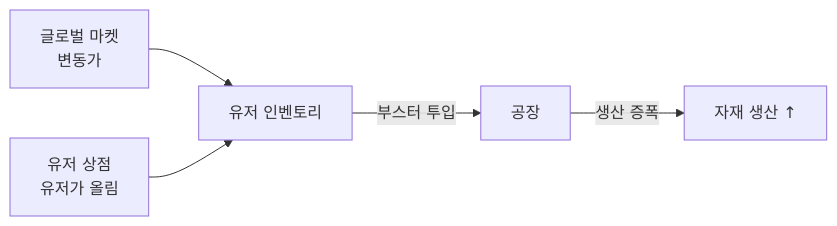
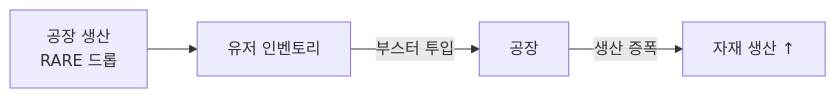
Before and after one commit to filename24/Idle-Factory: the third of 3 diagrams in docs/design/04-economy.md, drawn with Mermaid. The commit also changed other lines of this file and 27 other files, not shown here.

````diff
--- a/docs/design/04-economy.md
+++ b/docs/design/04-economy.md
@@ -73,7 +77,6 @@
 ```mermaid
 flowchart LR
-    GlobalMarket[글로벌 마켓<br/>변동가] --> Inventory[유저 인벤토리]
-    UserShop[유저 상점<br/>유저가 올림] --> Inventory
+    RareDrop[공장 생산<br/>RARE 드롭] --> Inventory[유저 인벤토리]
     Inventory -->|부스터 투입| Factory[공장]
     Factory -->|생산 증폭| Output[자재 생산 ↑]
 ```
````
